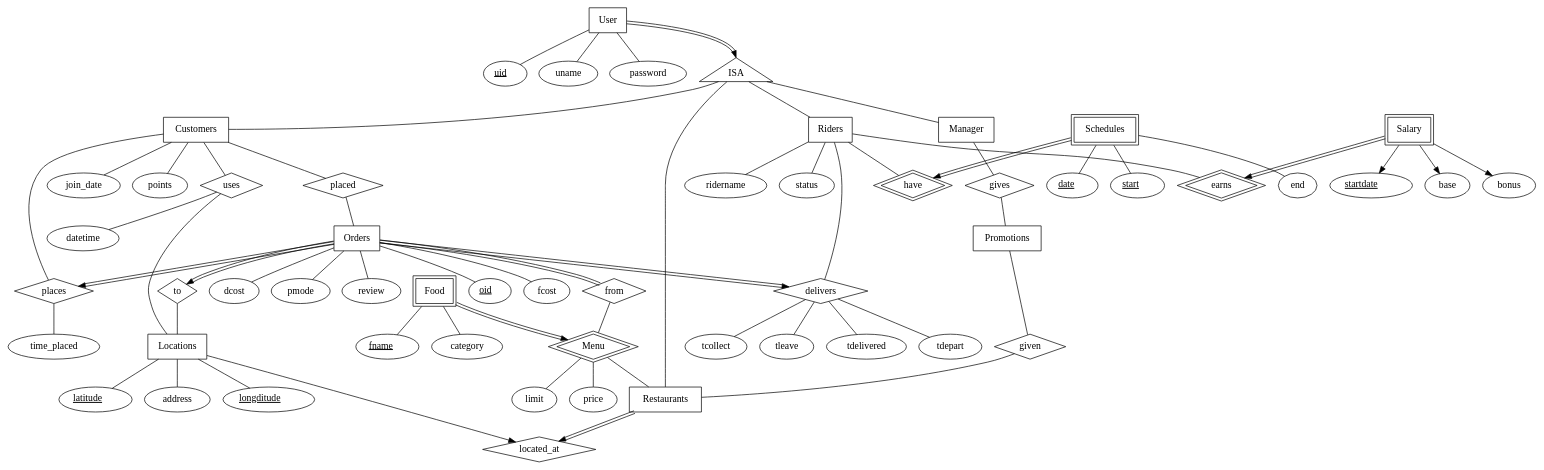
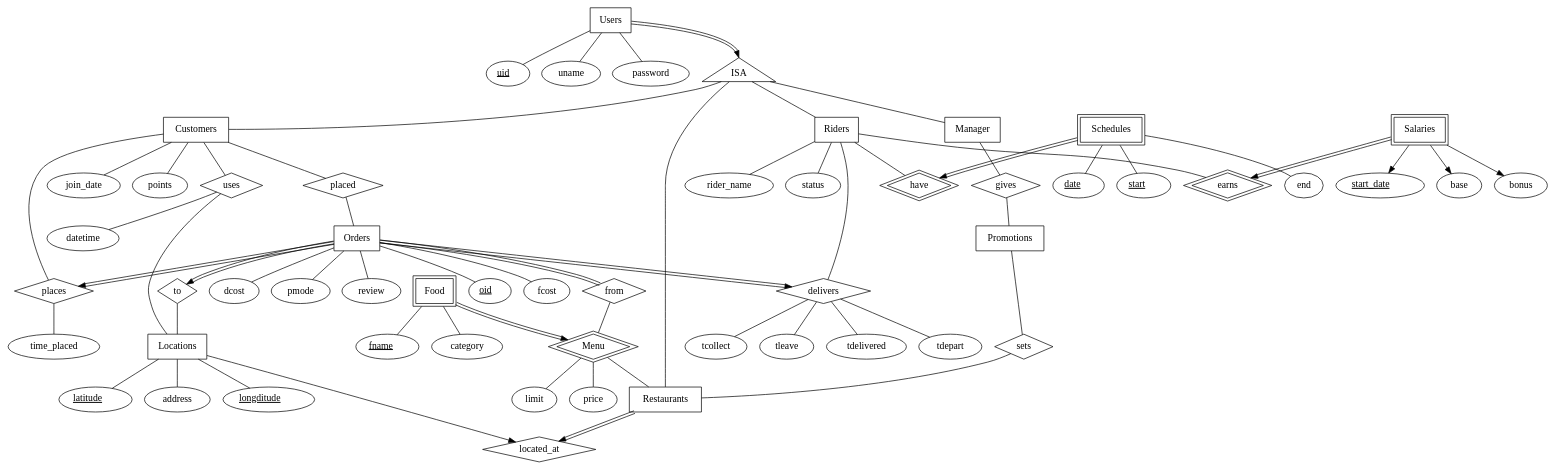
One commit to AY1920S2-CS2102-Team16/Food-Delivery-Service changed the diagram in ER.dot. Above: the diagram before and after it, drawn with Graphviz.

Commit message:
Fix grammar errors

```diff
--- a/ER.dot
+++ b/ER.dot
@@ -1,116 +1,116 @@
 digraph G {
     
-  User [shape=box]
+  Users [shape=box]
     uid [label=<<u> uid </u>>]
-    User -> uid [arrowhead=none]
-    User -> uname [arrowhead=none]
-    User -> password [arrowhead=none]
+    Users -> uid [arrowhead=none]
+    Users -> uname [arrowhead=none]
+    Users -> password [arrowhead=none]
   
   
   ISA [shape=triangle]
   
   
   Manager [shape=box]
   gives [shape=diamond]
   Promotions [shape=box]
-  given [shape=diamond]
+  sets [shape=diamond]
   
   
   Restaurants [shape=box]
   Menu [shape=diamond peripheries=2]
     Menu -> limit [arrowhead=none]
     Menu -> price [arrowhead=none]
   Food [shape=box peripheries=2]
     fname [label=<<u> fname </u>>]
     Food -> fname [arrowhead=none]
     Food -> category [arrowhead=none]
   located_at [shape=diamond]
   
   Locations [shape=box]
     lon [label=<<u> longditude </u>>]
     lat [label=<<u> latitude </u>>]
     Locations -> lon [arrowhead=none]
     Locations -> lat [arrowhead=none]
     Locations -> address [arrowhead=none]
   
   Customers [shape=box]
     Customers -> join_date [arrowhead=none]
     Customers -> points [arrowhead=none]
   uses [shape=diamond]
     uses -> datetime [arrowhead=none]
   placed [shape=diamond]
   places [shape=diamond]
     places -> time_placed [arrowhead=none]
   Orders [shape=box]
     oid [label=<<u> oid </u>>]
     Orders -> oid [arrowhead=none]
     Orders -> fcost [arrowhead=none]
     Orders -> dcost [arrowhead=none]
     Orders -> pmode [arrowhead=none]
     Orders -> review [arrowhead=none]
   from [shape=diamond]
   to [shape=diamond]
     
   Riders [shape=box]
-    Riders -> ridername [arrowhead=none]
+    Riders -> rider_name [arrowhead=none]
     Riders -> status [arrowhead=none]
   delivers [shape=diamond]
     delivers -> tdepart [arrowhead=none]
     delivers -> tcollect [arrowhead=none]
     delivers -> tleave [arrowhead=none]
     delivers -> tdelivered [arrowhead=none]
   have [shape=diamond peripheries=2]
   Schedules [shape=box peripheries=2]
     Schdate [label=<<u> date </u>>]
     Schstart [label=<<u> start </u>>]
     Schedules -> Schdate [arrowhead=none]
     Schedules -> Schstart [arrowhead=none]
     Schedules -> end [arrowhead=none]
   earns [shape=diamond peripheries=2]
-  Salary [shape=box peripheries=2]
-    startdate [label=<<u> startdate </u>>]
-    Salary -> startdate
-    Salary -> base
-    Salary -> bonus
+  Salaries [shape=box peripheries=2]
+    start_date [label=<<u> start_date </u>>]
+    Salaries -> start_date
+    Salaries -> base
+    Salaries -> bonus
     
   
-  User -> ISA [color="black:invis:black" headport=n]
+  Users -> ISA [color="black:invis:black" headport=n]
   
   ISA -> Manager[arrowhead=none]
   ISA -> Restaurants[arrowhead=none]
   ISA -> Customers[arrowhead=none]
   ISA -> Riders[arrowhead=none]
   
   Manager -> gives [arrowhead=none]
   gives -> Promotions [arrowhead=none]
   
   
   Food -> Menu [color="black:invis:black"]
   Menu -> Restaurants [arrowhead=none]
   
   Locations -> located_at
   Restaurants -> located_at [color="black:invis:black"]
-  Promotions -> given [arrowhead=none]
-  given -> Restaurants [arrowhead=none]
+  Promotions -> sets [arrowhead=none]
+  sets -> Restaurants [arrowhead=none]
   
   
   Customers -> placed [arrowhead=none]
   placed -> Orders [arrowhead=none]
   Customers -> places [arrowhead=none]
   Orders -> places [color="black:invis:black"]
   Orders -> delivers [color="black:invis:black"]
   Customers -> uses [arrowhead=none]
   uses -> Locations [arrowhead=none]
   Orders -> to [color="black:invis:black"]
   to -> Locations [arrowhead=none]
   Orders -> from [arrowhead=none color="black:invis:black"]
   from -> Menu [arrowhead=none]
   
   
   Riders -> delivers [arrowhead=none]
   Riders -> have [arrowhead=none]
   Schedules -> have [color="black:invis:black"]
-  Salary -> earns [color="black:invis:black"]
+  Salaries -> earns [color="black:invis:black"]
   Riders -> earns [arrowhead=none]
   
 }
```
